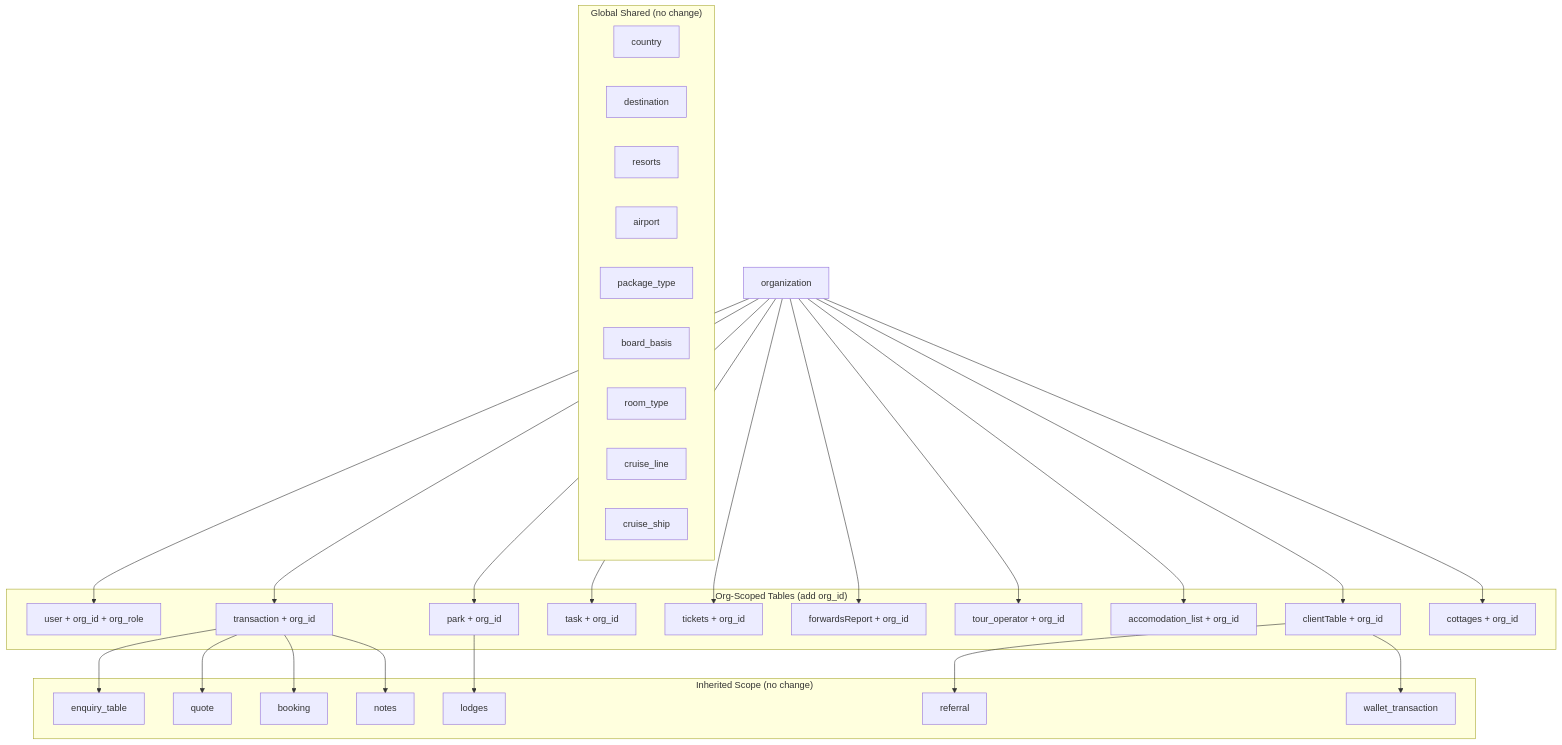
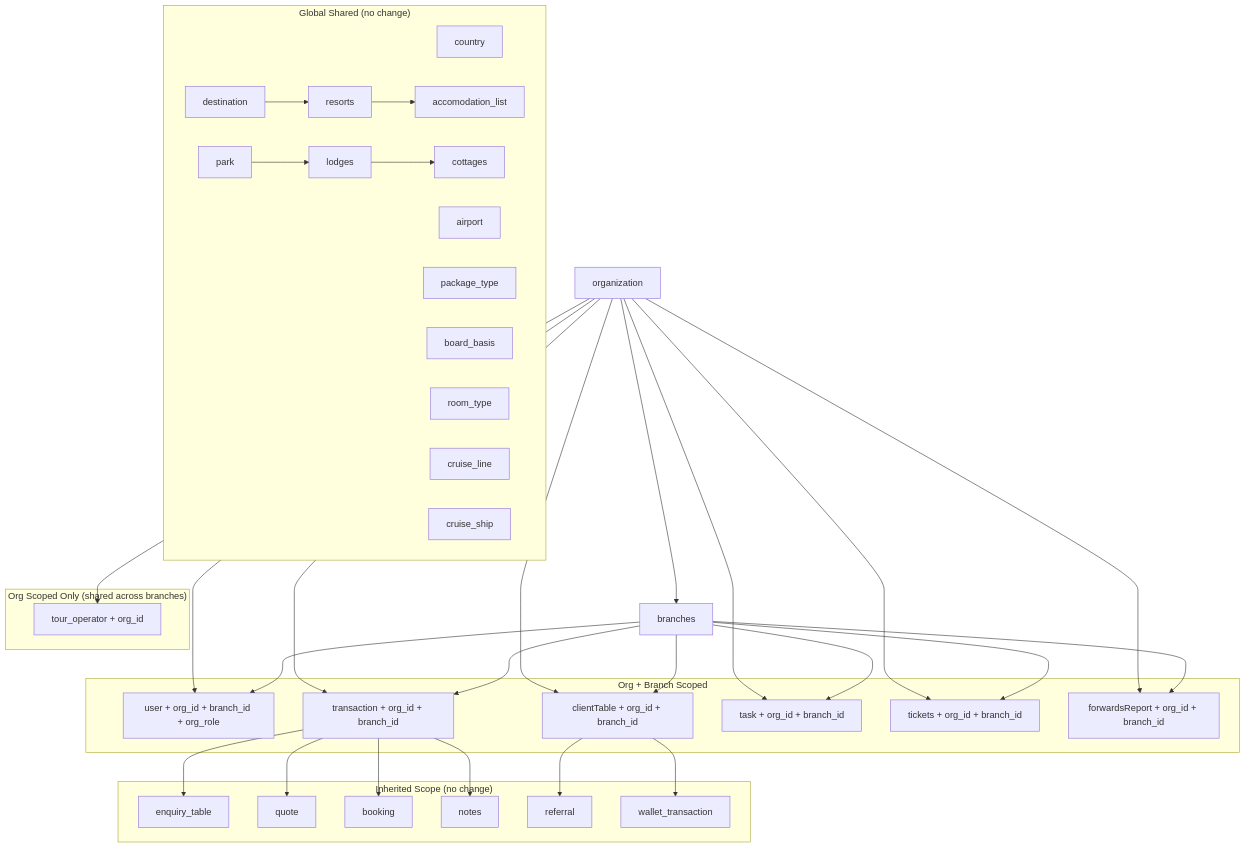
Before and after one commit to Jhay1413/travana-V2: the tenth of 21 diagrams in SAAS_MULTITENANCY_PLAN.md, drawn with Mermaid. The commit also changed other lines of this file and 7 other files, not shown here.

````diff
--- a/SAAS_MULTITENANCY_PLAN.md
+++ b/SAAS_MULTITENANCY_PLAN.md
@@ -185,58 +452,69 @@
 ```mermaid
 graph TD
     ORG[organization]
+    BRN[branches]
 
-    subgraph "Org-Scoped Tables (add org_id)"
-        USR[user + org_id + org_role]
-        CLI[clientTable + org_id]
-        TXN[transaction + org_id]
-        TSK[task + org_id]
-        TKT[tickets + org_id]
-        FWD[forwardsReport + org_id]
+    subgraph "Org + Branch Scoped"
+        USR[user + org_id + branch_id + org_role]
+        CLI[clientTable + org_id + branch_id]
+        TXN[transaction + org_id + branch_id]
+        TSK[task + org_id + branch_id]
+        TKT[tickets + org_id + branch_id]
+        FWD[forwardsReport + org_id + branch_id]
+    end
+
+    subgraph "Org Scoped Only (shared across branches)"
         TOP[tour_operator + org_id]
-        ACC[accomodation_list + org_id]
-        PRK[park + org_id]
-        COT[cottages + org_id]
     end
 
     subgraph "Inherited Scope (no change)"
         ENQ[enquiry_table]
         QOT[quote]
         BOK[booking]
         NOT[notes]
-        LDG[lodges]
         REF[referral]
         WLT[wallet_transaction]
     end
 
     subgraph "Global Shared (no change)"
         CNT[country]
         DST[destination]
         RST[resorts]
         APT[airport]
         PKG[package_type]
         BBB[board_basis]
         RMT[room_type]
         CRL[cruise_line]
         CRS[cruise_ship]
+        ACC[accomodation_list]
+        PRK[park]
+        LDG[lodges]
+        COT[cottages]
     end
 
+    ORG --> BRN
     ORG --> USR
+    BRN --> USR
     ORG --> CLI
+    BRN --> CLI
     ORG --> TXN
+    BRN --> TXN
     ORG --> TSK
+    BRN --> TSK
     ORG --> TKT
+    BRN --> TKT
     ORG --> FWD
+    BRN --> FWD
     ORG --> TOP
-    ORG --> ACC
-    ORG --> PRK
-    ORG --> COT
 
     TXN --> ENQ
     TXN --> QOT
     TXN --> BOK
     TXN --> NOT
+    DST --> RST
+    RST --> ACC
     PRK --> LDG
+    LDG --> COT
     CLI --> REF
     CLI --> WLT
 ```
````
